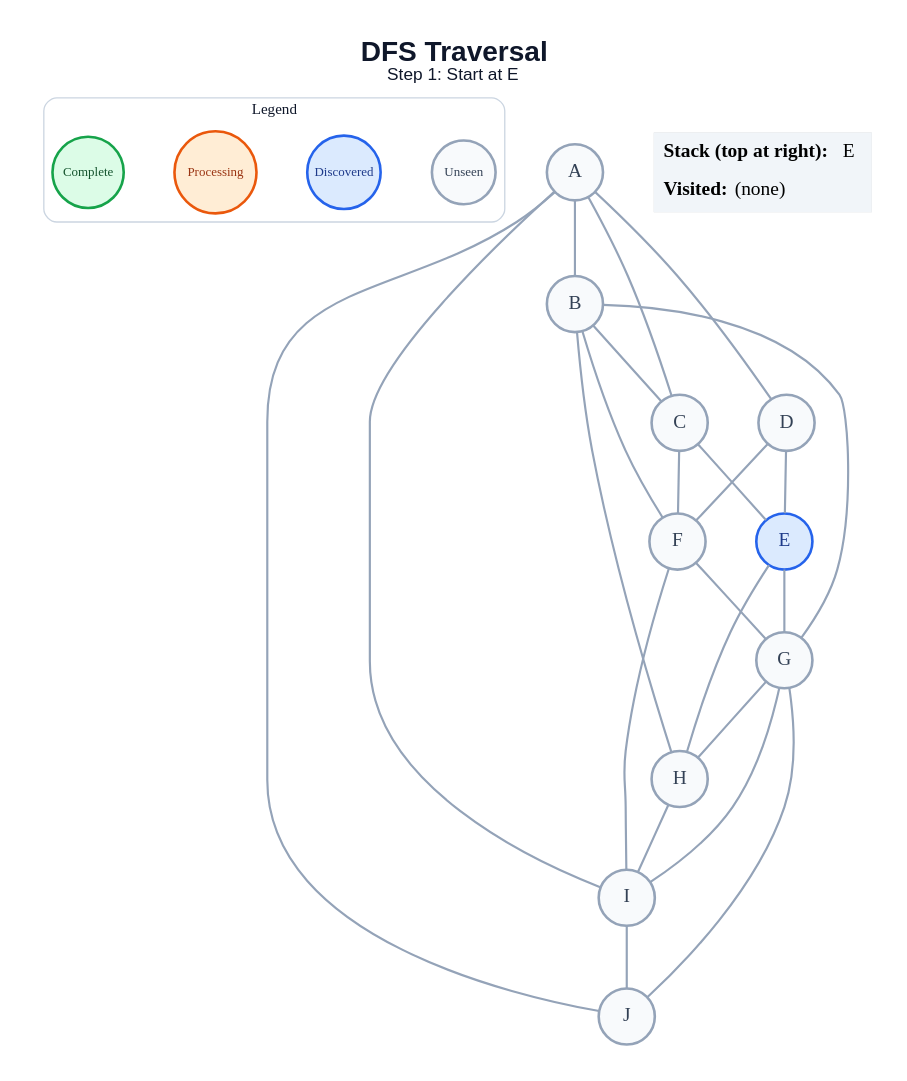
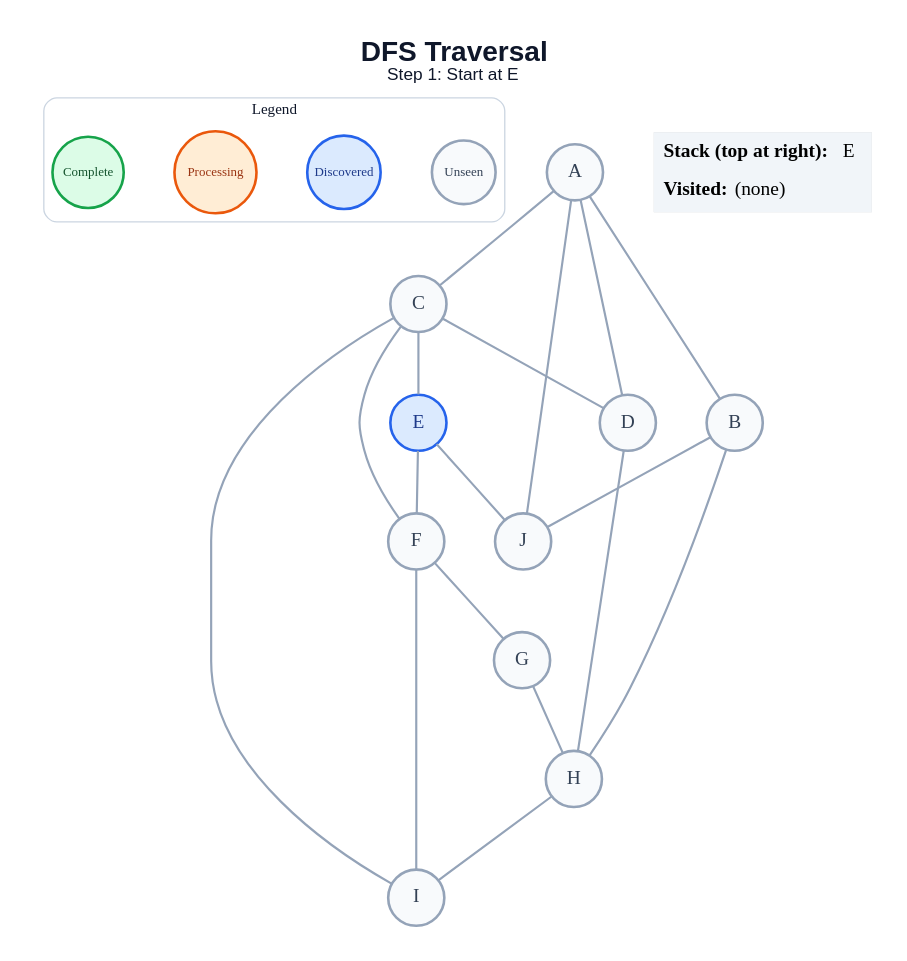
One commit to amanghodawala9/ai-slop changed the diagram in generated/specific-node/dfs/step_01.dot. Above: the diagram before and after it, drawn with Graphviz. The commit also changed 178 other files, not shown here.

```diff
--- a/generated/specific-node/dfs/step_01.dot
+++ b/generated/specific-node/dfs/step_01.dot
@@ -1,51 +1,46 @@
 graph traversal {
   graph [layout=dot, rankdir=TB, bgcolor="#FFFFFF", pad="0.35", nodesep="0.65", ranksep="0.8", fontname="Arial"];
   node [shape=circle, style="filled", fontname="Arial Bold", fontsize=18, width=0.72, fixedsize=true, penwidth=2.4];
   edge [color="#94A3B8", penwidth=2.0];
   label=<<B>DFS Traversal</B><BR/><FONT POINT-SIZE="16">Step 1: Start at E</FONT>>; labelloc="t"; fontsize=26; fontname="Arial"; fontcolor="#0F172A";
   subgraph cluster_legend { label="Legend"; color="#CBD5E1"; penwidth=1.2; style="rounded"; fontsize=14; fontname="Arial Bold";
     key_unseen [label="Unseen", fillcolor="#F8FAFC", color="#94A3B8", fontcolor="#334155", fontsize=12, width=0.82];
     key_frontier [label="Discovered", fillcolor="#DBEAFE", color="#2563EB", fontcolor="#1E3A8A", fontsize=12, width=0.95];
     key_current [label="Processing", fillcolor="#FFEDD5", color="#EA580C", fontcolor="#9A3412", fontsize=12, width=1.05];
     key_done [label="Complete", fillcolor="#DCFCE7", color="#16A34A", fontcolor="#14532D", fontsize=12, width=0.92];
     { rank=same; key_unseen; key_frontier; key_current; key_done; }
   }
   A [fillcolor="#F8FAFC", color="#94A3B8", fontcolor="#334155"];
   B [fillcolor="#F8FAFC", color="#94A3B8", fontcolor="#334155"];
   C [fillcolor="#F8FAFC", color="#94A3B8", fontcolor="#334155"];
   D [fillcolor="#F8FAFC", color="#94A3B8", fontcolor="#334155"];
   E [fillcolor="#DBEAFE", color="#2563EB", fontcolor="#1E3A8A"];
   F [fillcolor="#F8FAFC", color="#94A3B8", fontcolor="#334155"];
   G [fillcolor="#F8FAFC", color="#94A3B8", fontcolor="#334155"];
   H [fillcolor="#F8FAFC", color="#94A3B8", fontcolor="#334155"];
   I [fillcolor="#F8FAFC", color="#94A3B8", fontcolor="#334155"];
   J [fillcolor="#F8FAFC", color="#94A3B8", fontcolor="#334155"];
   A -- B;
   A -- C;
   A -- D;
-  A -- I;
   A -- J;
-  B -- C;
-  B -- F;
-  B -- G;
   B -- H;
+  B -- J;
+  C -- D;
   C -- E;
   C -- F;
-  D -- E;
-  D -- F;
-  E -- G;
-  E -- H;
+  C -- I;
+  D -- H;
+  E -- F;
+  E -- J;
   F -- G;
   F -- I;
   G -- H;
-  G -- I;
-  G -- J;
   H -- I;
-  I -- J;
   status [shape=plain, fixedsize=false, width=0, height=0, margin=0, label=<
     <TABLE BORDER="0" CELLBORDER="0" CELLPADDING="7" BGCOLOR="#F1F5F9">
       <TR><TD ALIGN="LEFT"><B>Stack (top at right):</B> E</TD></TR>
       <TR><TD ALIGN="LEFT"><B>Visited:</B> (none)</TD></TR>
     </TABLE>
   >];
 }
```
